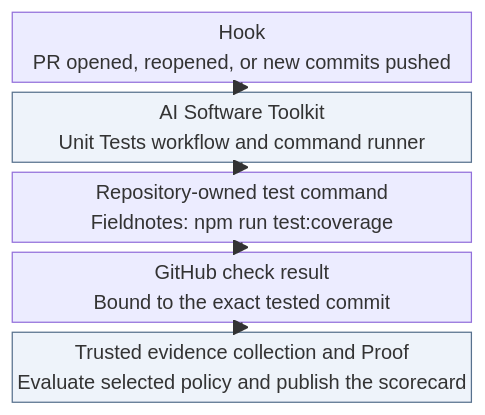
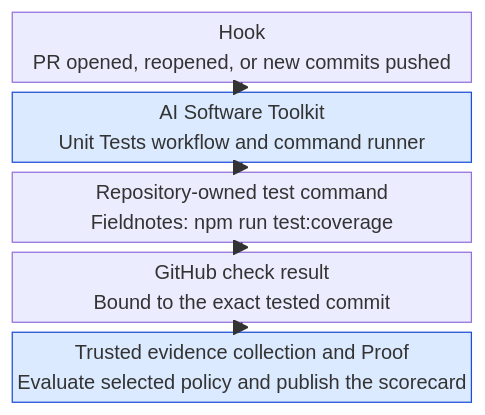
The third of 3 diagrams in README.md (ravisingh11/ai-software-toolkit-reference-app), drawn with Mermaid before and after one commit. The commit also changed other lines of this file and 1 other file, not shown here.

````diff
--- a/README.md
+++ b/README.md
@@ -151,15 +241,15 @@
 ```mermaid
 block-beta
   columns 1
   A["Hook<br/>PR opened, reopened, or new commits pushed"]
   B["AI Software Toolkit<br/>Unit Tests workflow and command runner"]
   C["Repository-owned test command<br/>Fieldnotes: npm run test:coverage"]
   D["GitHub check result<br/>Bound to the exact tested commit"]
   E["Trusted evidence collection and Proof<br/>Evaluate selected policy and publish the scorecard"]
   A --> B
   B --> C
   C --> D
   D --> E
-  classDef toolkit fill:#eef3fa,stroke:#58718e,color:#243549
+  classDef toolkit fill:#dbeafe,stroke:#1d4ed8,color:#172554
   class B,E toolkit
 ```
````
